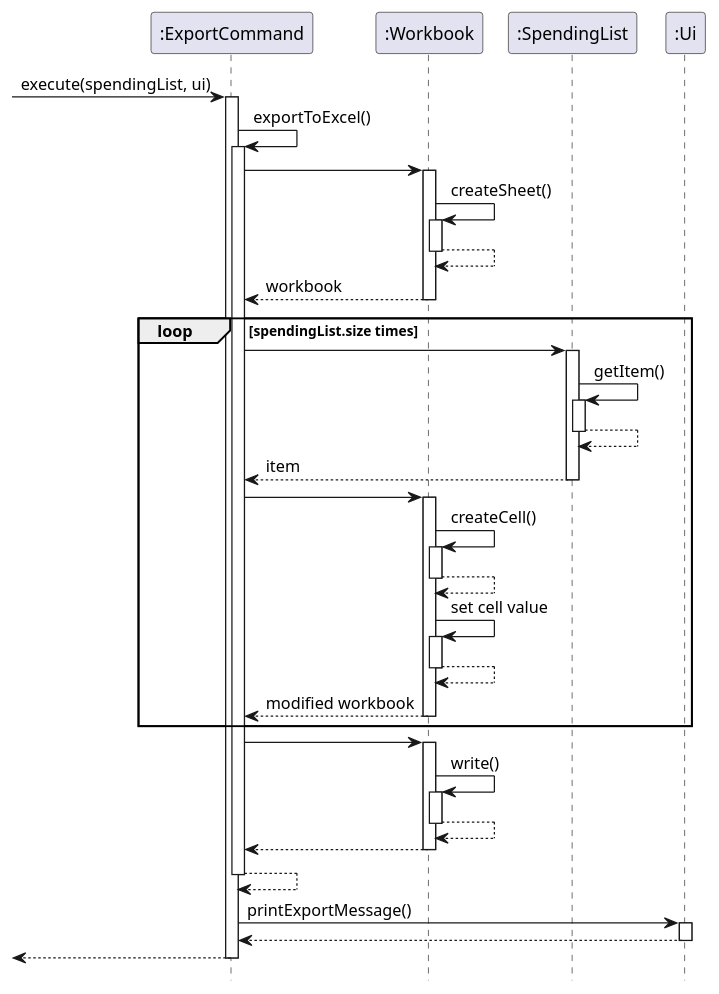
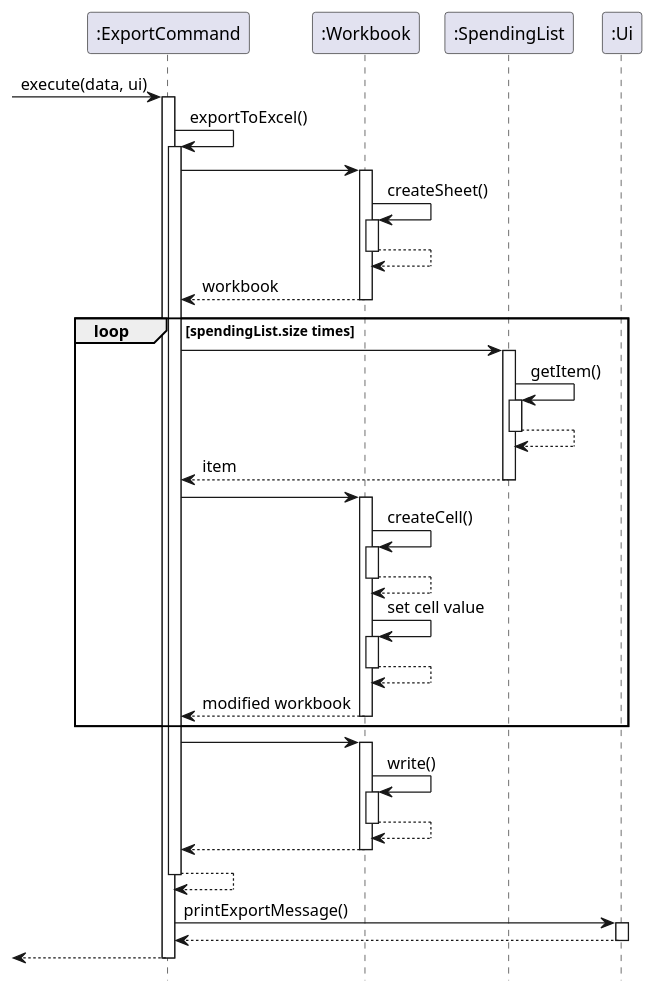
The diagram in src/uml/sequence diagrams/ExportCommand.puml (xieyaoyue/tp), drawn with PlantUML before and after one commit. The commit also changed 35 other files, not shown here.

```diff
--- a/src/uml/sequence diagrams/ExportCommand.puml
+++ b/src/uml/sequence diagrams/ExportCommand.puml
@@ -1,59 +1,59 @@
 @startuml
 
 hide footbox
 
-->":ExportCommand":execute(spendingList, ui)
+->":ExportCommand":execute(data, ui)
 activate ":ExportCommand"
 ":ExportCommand" -> ":ExportCommand" : exportToExcel()
 activate ":ExportCommand"
 ":ExportCommand" -> ":Workbook"
 activate ":Workbook"
 ":Workbook" -> ":Workbook" : createSheet()
 activate ":Workbook"
 ":Workbook" --> ":Workbook"
 deactivate ":Workbook"
 ":Workbook" --> ":ExportCommand" : workbook
 deactivate ":Workbook"
 
 loop spendingList.size times
 
 
 ":ExportCommand" -> ":SpendingList"
 activate ":SpendingList"
 ":SpendingList" -> ":SpendingList" : getItem()
 activate ":SpendingList"
 ":SpendingList" --> ":SpendingList"
 deactivate ":SpendingList"
 ":SpendingList" --> ":ExportCommand" : item
 deactivate ":SpendingList"
 
 ":ExportCommand" -> ":Workbook"
 activate ":Workbook"
 ":Workbook" -> ":Workbook": createCell()
 activate ":Workbook"
 ":Workbook" --> ":Workbook"
 deactivate ":Workbook"
 ":Workbook" -> ":Workbook" : set cell value
 activate ":Workbook"
 ":Workbook" --> ":Workbook"
 deactivate ":Workbook"
 ":Workbook" --> ":ExportCommand" : modified workbook
 deactivate ":Workbook"
 end
 ":ExportCommand" -> ":Workbook"
 activate ":Workbook"
 ":Workbook" -> ":Workbook" : write()
 activate ":Workbook"
 ":Workbook" --> ":Workbook"
 deactivate ":Workbook"
 ":Workbook" --> ":ExportCommand"
 deactivate ":Workbook"
 ":ExportCommand" --> ":ExportCommand" :
 deactivate ":ExportCommand"
 ":ExportCommand" -> ":Ui": printExportMessage()
 activate ":Ui"
 ":Ui"-->":ExportCommand":
 deactivate ":Ui"
 <--":ExportCommand"
 deactivate ":ExportCommand"
 @enduml
```
